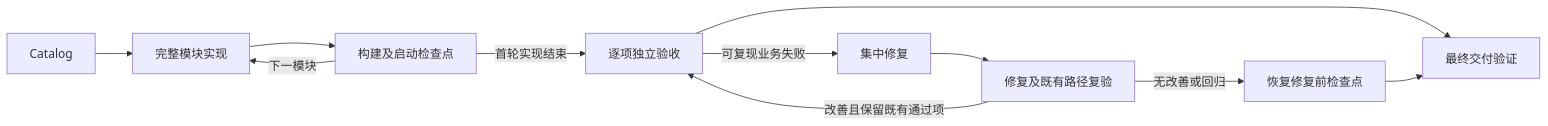
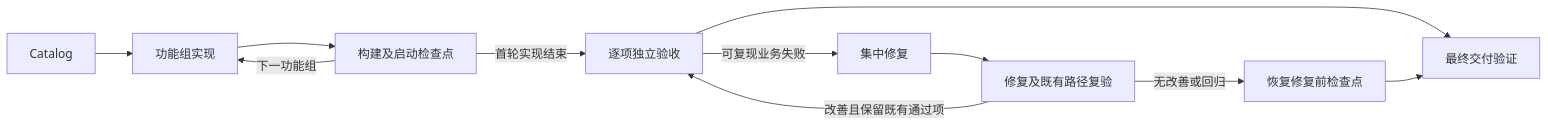
Before and after one commit to TheaDust/Shallow: the diagram in README.md, drawn with Mermaid. The commit also changed other lines of this file and 8 other files, not shown here.

````diff
--- a/README.md
+++ b/README.md
@@ -78,13 +78,13 @@
 ```mermaid
 flowchart LR
-    C[Catalog] --> M[完整模块实现]
+    C[Catalog] --> M[功能组实现]
     M --> K[构建及启动检查点]
-    K -->|下一模块| M
+    K -->|下一功能组| M
     K -->|首轮实现结束| J[逐项独立验收]
     J -->|可复现业务失败| R[集中修复]
     R --> G[修复及既有路径复验]
     G -->|改善且保留既有通过项| J
     G -->|无改善或回归| B[恢复修复前检查点]
     J --> F[最终交付验证]
     B --> F
 ```
````
